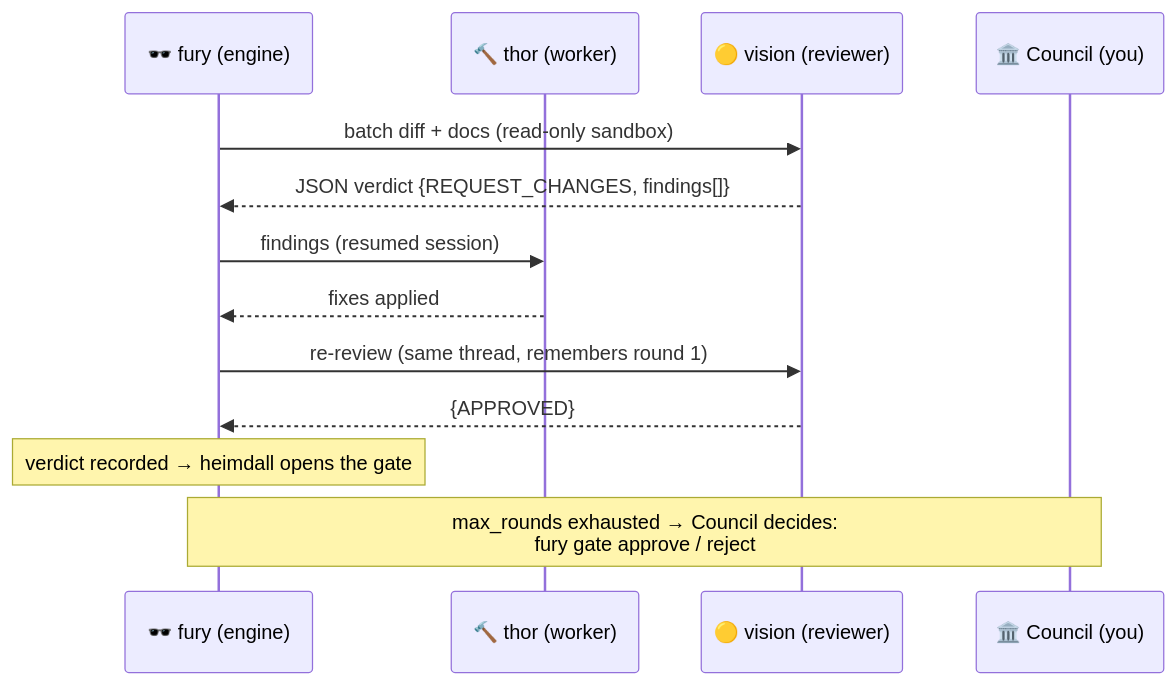
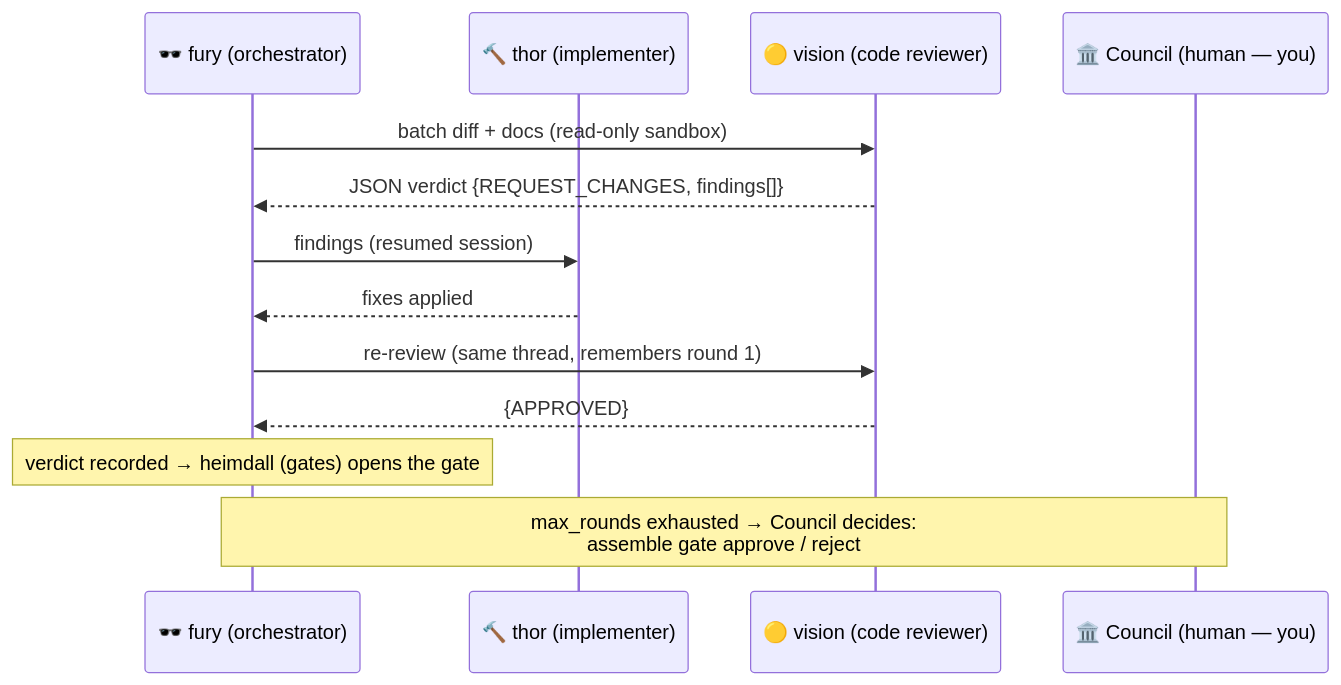
One commit to basant-kumar/assemble changed the third of 3 diagrams in README.md. Above: the diagram before and after it, drawn with Mermaid. The commit also changed other lines of this file and 2 other files, not shown here.

Commit message:
docs: rename tool fury -> assemble (trademark-safe OSS name); Name (role) display convention; theme disclaimer

````diff
--- a/README.md
+++ b/README.md
@@ -91,15 +96,15 @@
 ```mermaid
 sequenceDiagram
-    participant F as 🕶️ fury (engine)
-    participant T as 🔨 thor (worker)
-    participant V as 🟡 vision (reviewer)
-    participant C as 🏛️ Council (you)
+    participant F as 🕶️ fury (orchestrator)
+    participant T as 🔨 thor (implementer)
+    participant V as 🟡 vision (code reviewer)
+    participant C as 🏛️ Council (human — you)
     F->>V: batch diff + docs (read-only sandbox)
     V-->>F: JSON verdict {REQUEST_CHANGES, findings[]}
     F->>T: findings (resumed session)
     T-->>F: fixes applied
     F->>V: re-review (same thread, remembers round 1)
     V-->>F: {APPROVED}
-    Note over F: verdict recorded → heimdall opens the gate
-    Note over F,C: max_rounds exhausted → Council decides:<br/>fury gate approve / reject
+    Note over F: verdict recorded → heimdall (gates) opens the gate
+    Note over F,C: max_rounds exhausted → Council decides:<br/>assemble gate approve / reject
 ```
````
